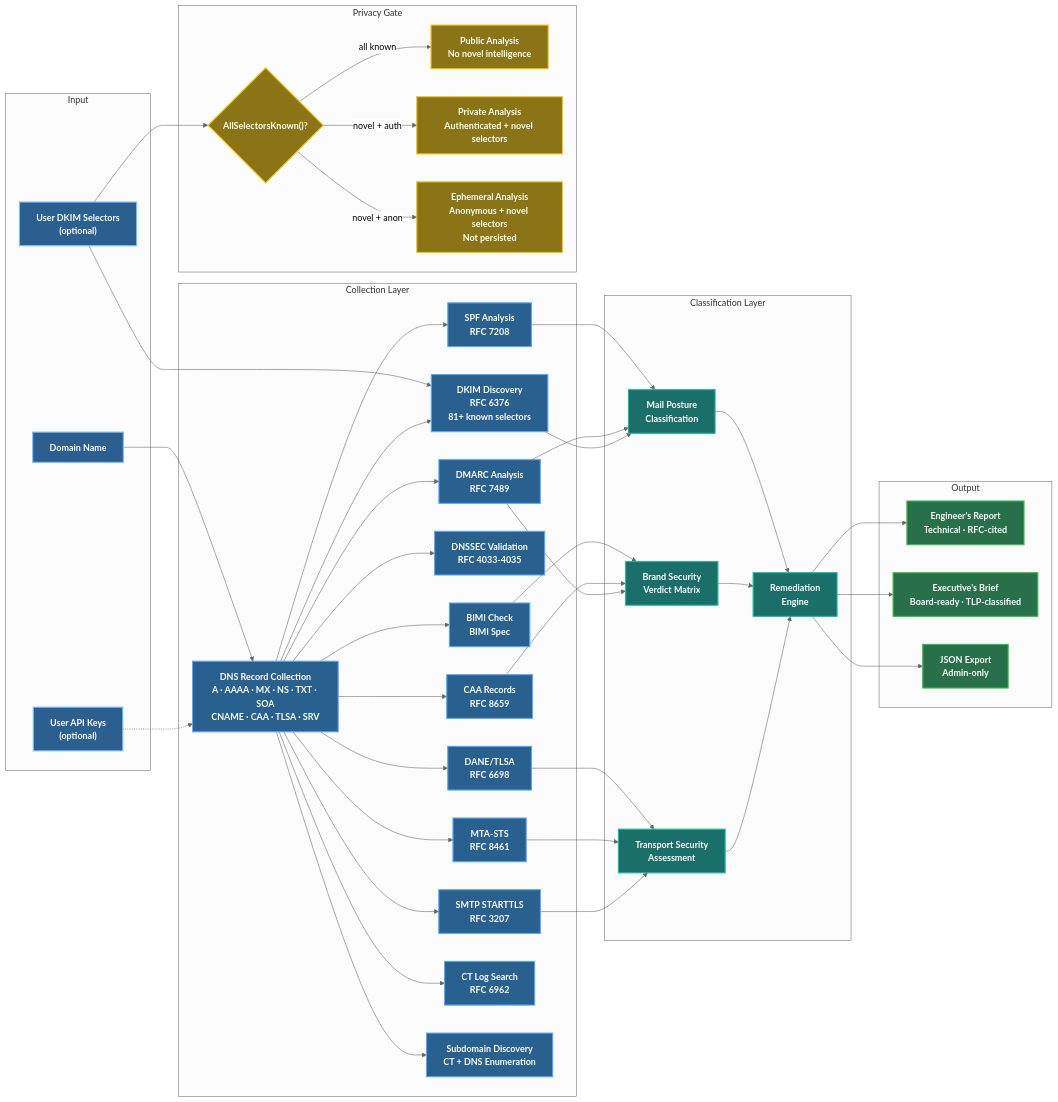
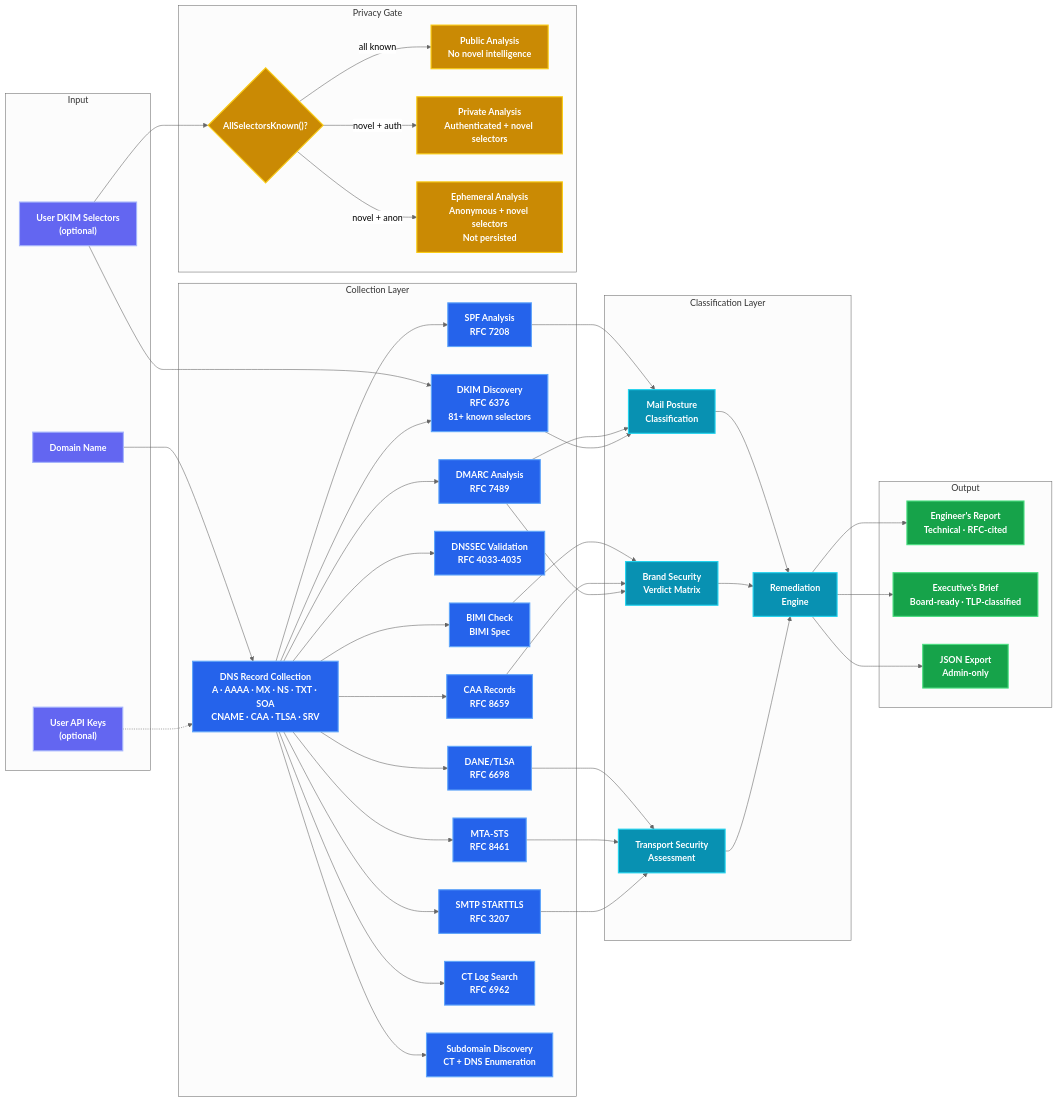
One commit to careyjames/DnsToolWeb changed the second of 7 diagrams in docs/architecture/SYSTEM_ARCHITECTURE.md. Above: the diagram before and after it, drawn with Mermaid (neutral theme). The commit also changed other lines of this file and 1 other file, not shown here.

First line of the commit message:
Improve diagram colors and visibility by adjusting styling and scripts

````diff
--- a/docs/architecture/SYSTEM_ARCHITECTURE.md
+++ b/docs/architecture/SYSTEM_ARCHITECTURE.md
@@ -78,69 +78,69 @@
 ```mermaid
 graph LR
     subgraph "Input"
         Domain["Domain Name"]
         Selectors["User DKIM Selectors<br/>(optional)"]
         APIKeys["User API Keys<br/>(optional)"]
     end
 
     subgraph "Collection Layer"
         DNS["DNS Record Collection<br/>A · AAAA · MX · NS · TXT · SOA<br/>CNAME · CAA · TLSA · SRV"]
         SPF["SPF Analysis<br/>RFC 7208"]
         DMARC["DMARC Analysis<br/>RFC 7489"]
         DKIM["DKIM Discovery<br/>RFC 6376<br/>81+ known selectors"]
         DNSSEC["DNSSEC Validation<br/>RFC 4033-4035"]
         DANE["DANE/TLSA<br/>RFC 6698"]
         MTASTS["MTA-STS<br/>RFC 8461"]
         BIMI["BIMI Check<br/>BIMI Spec"]
         CAA["CAA Records<br/>RFC 8659"]
         SMTP2["SMTP STARTTLS<br/>RFC 3207"]
         CT2["CT Log Search<br/>RFC 6962"]
         SubD["Subdomain Discovery<br/>CT + DNS Enumeration"]
     end
 
     subgraph "Classification Layer"
         Posture["Mail Posture<br/>Classification"]
         Brand["Brand Security<br/>Verdict Matrix"]
         Transport["Transport Security<br/>Assessment"]
         Remediation["Remediation<br/>Engine"]
     end
 
     subgraph "Privacy Gate"
         Privacy{"AllSelectorsKnown()?"}
         Public["Public Analysis<br/>No novel intelligence"]
         Private["Private Analysis<br/>Authenticated + novel selectors"]
         Ephemeral["Ephemeral Analysis<br/>Anonymous + novel selectors<br/>Not persisted"]
     end
 
     subgraph "Output"
         Engineer["Engineer's Report<br/>Technical · RFC-cited"]
         Executive["Executive's Brief<br/>Board-ready · TLP-classified"]
         JSON["JSON Export<br/>Admin-only"]
     end
 
     Domain --> DNS
     Selectors --> DKIM
     APIKeys -.-> DNS
     DNS --> SPF & DMARC & DKIM & DNSSEC & DANE & MTASTS & BIMI & CAA & SMTP2 & CT2 & SubD
     SPF & DMARC & DKIM --> Posture
     BIMI & CAA & DMARC --> Brand
     DANE & MTASTS & SMTP2 --> Transport
     Posture & Brand & Transport --> Remediation
     Selectors --> Privacy
     Privacy -->|"all known"| Public
     Privacy -->|"novel + auth"| Private
     Privacy -->|"novel + anon"| Ephemeral
     Remediation --> Engineer & Executive & JSON
 
-    classDef default fill:#22476e,stroke:#5ba3e0,stroke-width:2px,color:#f0f6fc
-    classDef rfc fill:#28608f,stroke:#58a6ff,stroke-width:2px,color:#fff,font-weight:bold
-    classDef gate fill:#8a7415,stroke:#f1c40f,stroke-width:2px,color:#fff,font-weight:bold
-    classDef output fill:#28704a,stroke:#3fb950,stroke-width:2px,color:#fff,font-weight:bold
-    classDef classify fill:#1a7068,stroke:#1abc9c,stroke-width:2px,color:#fff,font-weight:bold
-    classDef input fill:#2a5f8f,stroke:#79c0ff,stroke-width:2px,color:#fff,font-weight:bold
+    classDef default fill:#2563eb,stroke:#60a5fa,stroke-width:2px,color:#f0f6fc
+    classDef rfc fill:#2563eb,stroke:#60a5fa,stroke-width:2px,color:#fff,font-weight:bold
+    classDef gate fill:#ca8a04,stroke:#facc15,stroke-width:2px,color:#fff,font-weight:bold
+    classDef output fill:#16a34a,stroke:#4ade80,stroke-width:2px,color:#fff,font-weight:bold
+    classDef classify fill:#0891b2,stroke:#22d3ee,stroke-width:2px,color:#fff,font-weight:bold
+    classDef input fill:#6366f1,stroke:#a5b4fc,stroke-width:2px,color:#fff,font-weight:bold
     class SPF,DMARC,DKIM,DNSSEC,DANE,MTASTS,CAA,SMTP2,CT2,SubD,BIMI,DNS rfc
     class Privacy,Public,Private,Ephemeral gate
     class Engineer,Executive,JSON output
     class Posture,Brand,Transport,Remediation classify
     class Domain,Selectors,APIKeys input
 ```
````
